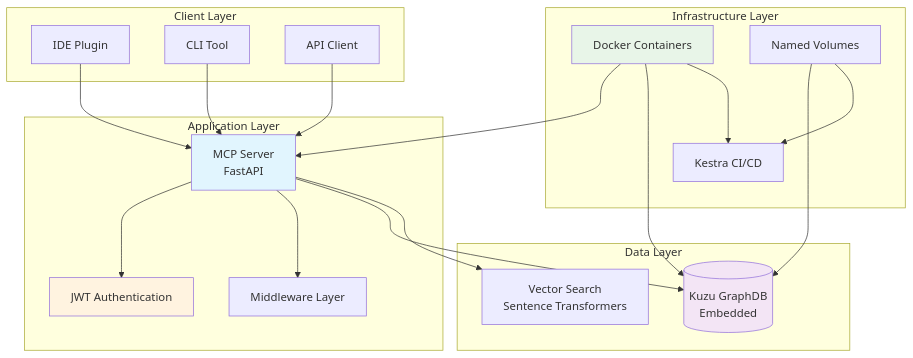
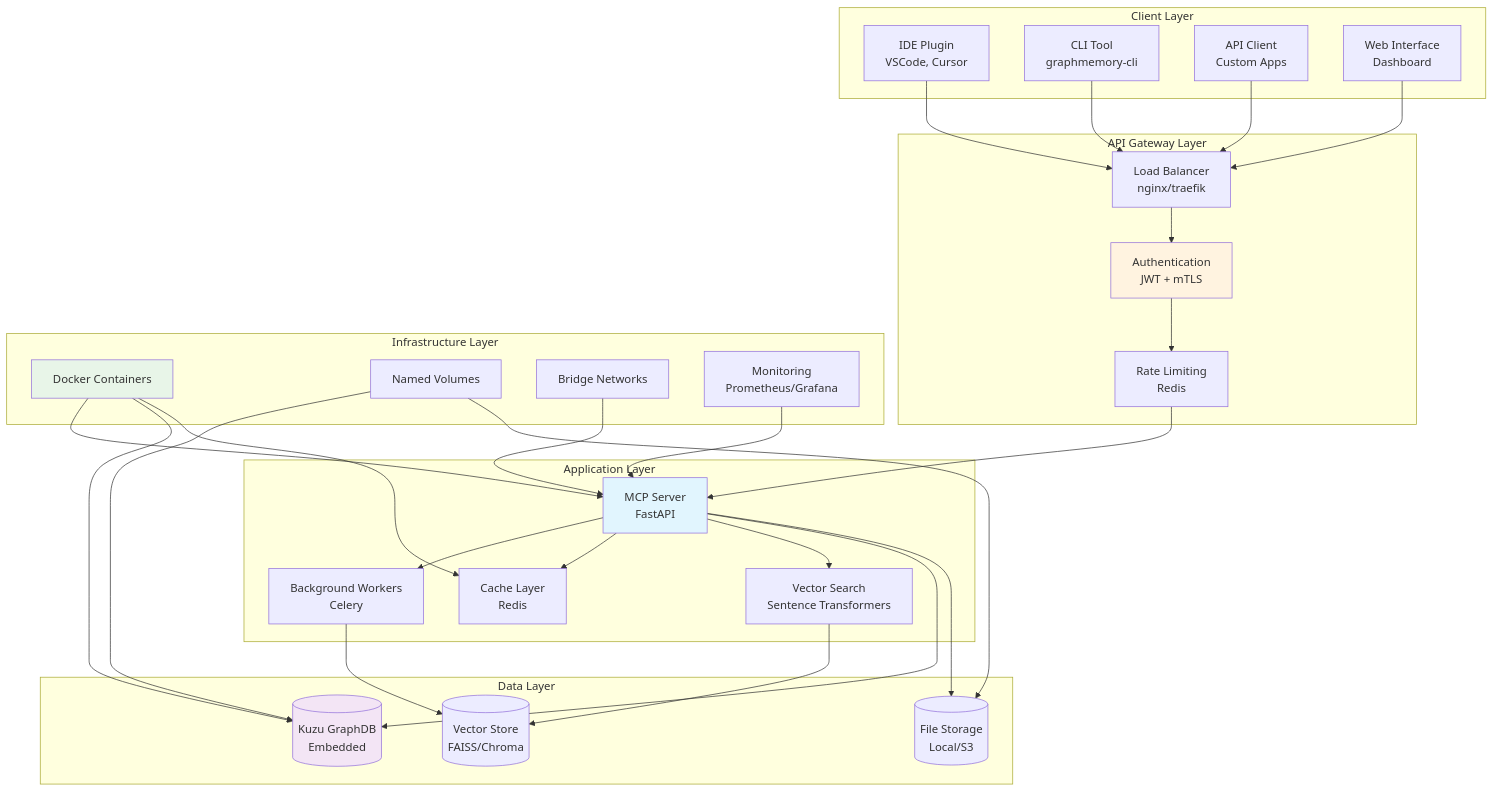
Before and after one commit to elementalcollision/GraphMemory-IDE: the first of 17 diagrams in README.md, drawn with Mermaid. The commit also changed other lines of this file and 23 other files, not shown here.

````diff
--- a/README.md
+++ b/README.md
@@ -110,46 +90,66 @@
 ```mermaid
 graph TB
     subgraph "Client Layer"
-        IDE[IDE Plugin]
-        CLI[CLI Tool]
-        API[API Client]
+        IDE[IDE Plugin<br/>VSCode, Cursor]
+        CLI[CLI Tool<br/>graphmemory-cli]
+        API[API Client<br/>Custom Apps]
+        WEB[Web Interface<br/>Dashboard]
+    end
+    
+    subgraph "API Gateway Layer"
+        LB[Load Balancer<br/>nginx/traefik]
+        AUTH[Authentication<br/>JWT + mTLS]
+        RATE[Rate Limiting<br/>Redis]
     end
     
     subgraph "Application Layer"
         MCP[MCP Server<br/>FastAPI]
-        AUTH[JWT Authentication]
-        MIDDLEWARE[Middleware Layer]
+        WORKER[Background Workers<br/>Celery]
+        CACHE[Cache Layer<br/>Redis]
+        SEARCH[Vector Search<br/>Sentence Transformers]
     end
     
     subgraph "Data Layer"
         KUZU[(Kuzu GraphDB<br/>Embedded)]
-        VECTOR[Vector Search<br/>Sentence Transformers]
+        VECTOR[(Vector Store<br/>FAISS/Chroma)]
+        FILES[(File Storage<br/>Local/S3)]
     end
     
     subgraph "Infrastructure Layer"
         DOCKER[Docker Containers]
         VOLUMES[Named Volumes]
-        KESTRA[Kestra CI/CD]
+        NETWORK[Bridge Networks]
+        MONITOR[Monitoring<br/>Prometheus/Grafana]
     end
     
-    IDE --> MCP
-    CLI --> MCP
-    API --> MCP
+    IDE --> LB
+    CLI --> LB
+    API --> LB
+    WEB --> LB
     
-    MCP --> AUTH
-    MCP --> MIDDLEWARE
+    LB --> AUTH
+    AUTH --> RATE
+    RATE --> MCP
+    
+    MCP --> WORKER
+    MCP --> CACHE
+    MCP --> SEARCH
     MCP --> KUZU
-    MCP --> VECTOR
+    
+    WORKER --> VECTOR
+    SEARCH --> VECTOR
+    MCP --> FILES
     
     DOCKER --> MCP
     DOCKER --> KUZU
-    DOCKER --> KESTRA
-    
+    DOCKER --> CACHE
     VOLUMES --> KUZU
-    VOLUMES --> KESTRA
+    VOLUMES --> FILES
+    NETWORK --> MCP
+    MONITOR --> MCP
     
     style MCP fill:#e1f5fe
     style KUZU fill:#f3e5f5
+    style AUTH fill:#fff3e0
     style DOCKER fill:#e8f5e8
-    style AUTH fill:#fff3e0
 ```
````
